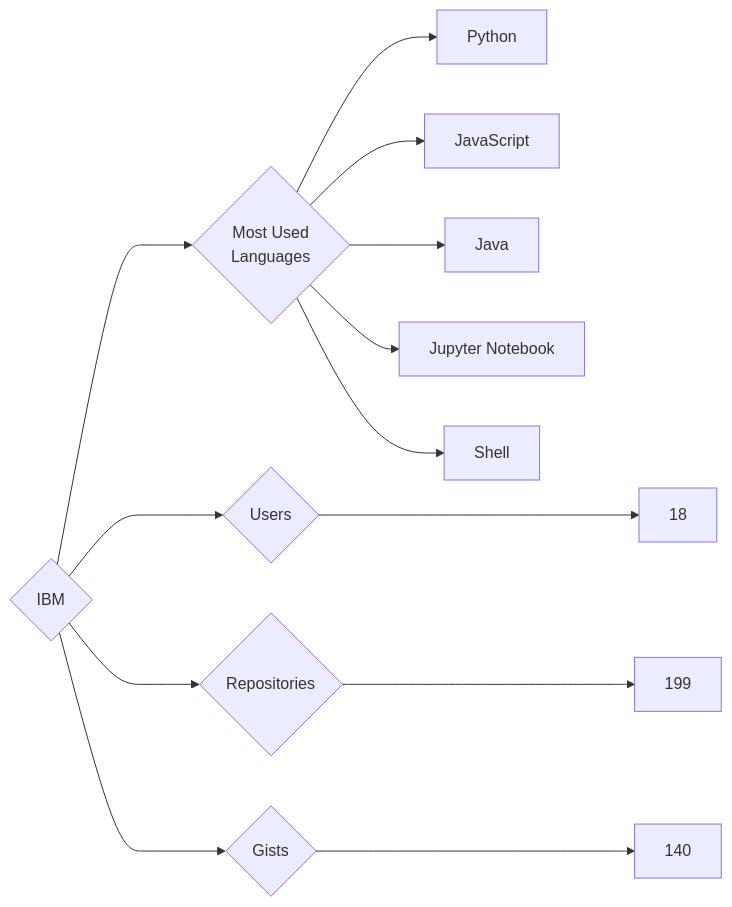
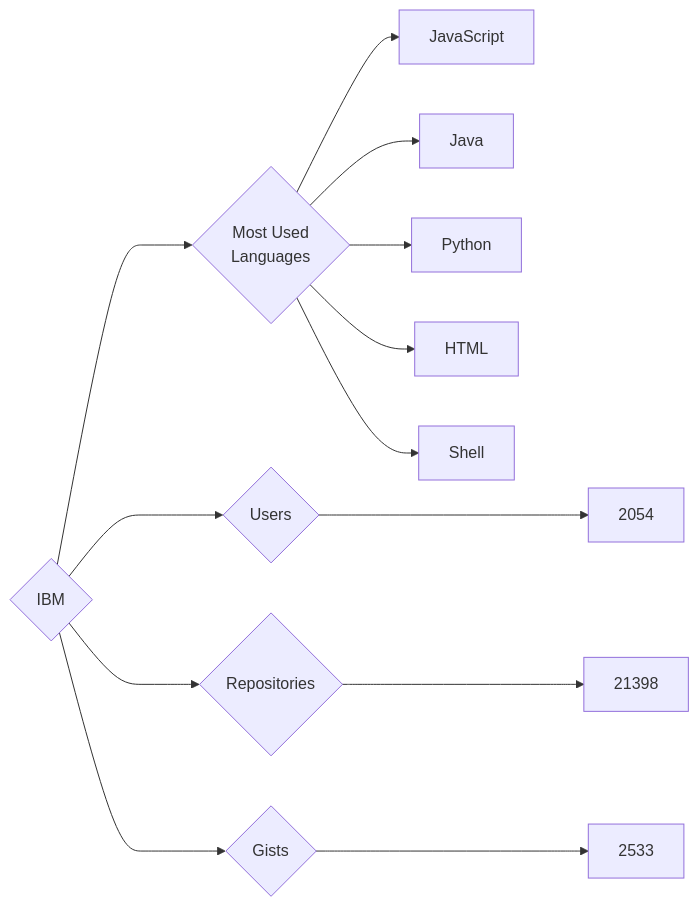
The diagram in targets/IBM/README.md (trickest/insiders), drawn with Mermaid before and after one commit. The commit also changed 934 other files, not shown here.

````diff
--- a/targets/IBM/README.md
+++ b/targets/IBM/README.md
@@ -3,13 +3,13 @@
 ```mermaid
 graph LR
 COMPANY_NAME{IBM}
-COMPANY_NAME ---> U{Users} ---> UN[18]
-COMPANY_NAME ---> R{Repositories} ---> RN[199]
-COMPANY_NAME ---> G{Gists} ---> GN[140]
+COMPANY_NAME ---> U{Users} ---> UN[2054]
+COMPANY_NAME ---> R{Repositories} ---> RN[21398]
+COMPANY_NAME ---> G{Gists} ---> GN[2533]
 COMPANY_NAME ---> ML{Most Used<br>Languages}
-ML --> Python[Python]
 ML --> JavaScript[JavaScript]
 ML --> Java[Java]
-ML --> Jupyter_Notebook[Jupyter Notebook]
+ML --> Python[Python]
+ML --> HTML[HTML]
 ML --> Shell[Shell]
 ```
````
